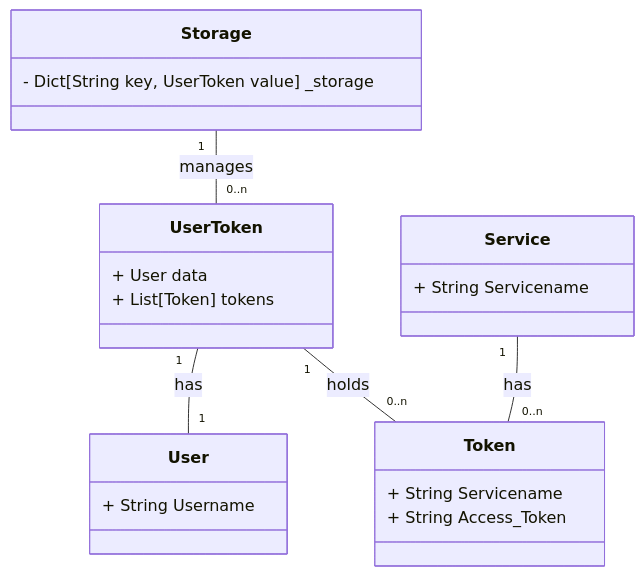
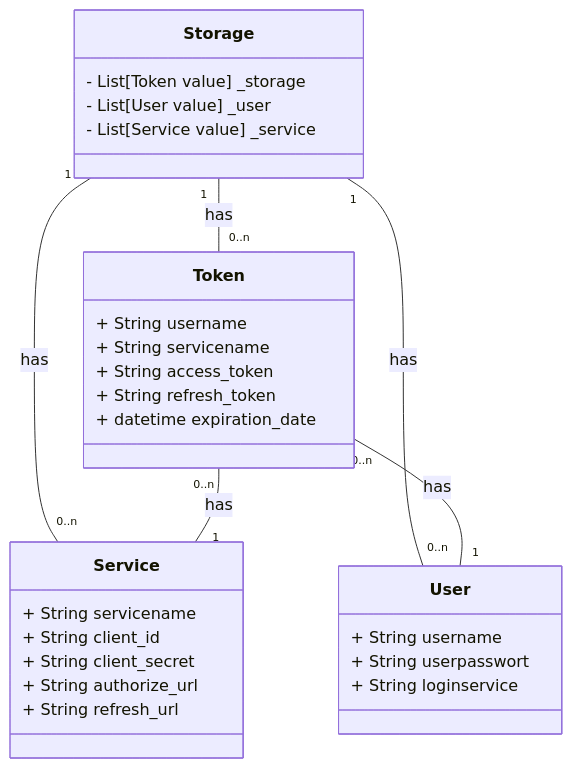
Before and after one commit to Sciebo-RDS/Sciebo-RDS: the second of 2 diagrams in docs/content/doc/impl/central/token-storage.de.md, drawn with Mermaid.

Commit message:
adjust doc

````diff
--- a/docs/content/doc/impl/central/token-storage.de.md
+++ b/docs/content/doc/impl/central/token-storage.de.md
@@ -41,30 +41,38 @@
 ```mermaid
 classDiagram
 
   class Storage {
-    - Dict[String key, UserToken value] _storage
-  }
-
-  class UserToken {
-    + User data
-    + List[Token] tokens
+    - List[Token value] _storage
+    - List[User value] _user
+    - List[Service value] _service
   }
 
   class User {
-    + String Username
+    + String username
+    + String userpasswort
+    + String loginservice
+  }
+
+  class Service {
+    + String servicename
+    + String client_id
+    + String client_secret
+    + String authorize_url
+    + String refresh_url
   }
 
   class Token {
-    + String Servicename
-    + String Access_Token
+    + String username
+    + String servicename
+    + String access_token
+    + String refresh_token
+    + datetime expiration_date
   }
 
-  class Service {
-    + String Servicename
-  }
+  Storage "1" -- "0..n" Token : has
+  Storage "1" -- "0..n" User : has
+  Storage "1" -- "0..n" Service : has
 
-  Storage "1" -- "0..n" UserToken : manages
-  UserToken "1" -- "1" User : has
-  UserToken "1" -- "0..n" Token : holds
-  Service "1" -- "0..n" Token : has
+  Token "0..n" -- "1" Service : has
+  Token "0..n" -- "1" User : has
 ```
````
